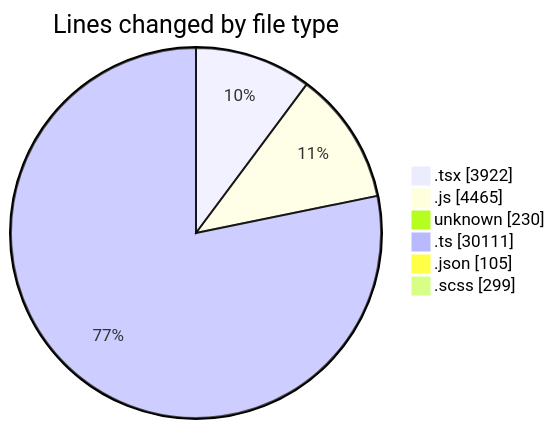
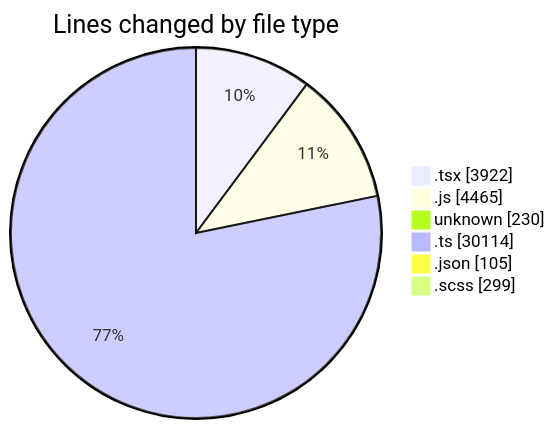
One commit to momahboobian/code-tracking changed the first of 2 diagrams in 2026-05-06/cda/README.md. Above: the diagram before and after it, drawn with Mermaid. The commit also changed other lines of this file and 1 other file, not shown here.

````diff
--- a/2026-05-06/cda/README.md
+++ b/2026-05-06/cda/README.md
@@ -91,10 +91,10 @@
 ```mermaid
 pie showData
 title Lines changed by file type
 ".tsx" : 3922
 ".js" : 4465
 "unknown" : 230
-".ts" : 30111
+".ts" : 30114
 ".json" : 105
 ".scss" : 299
 ```
````
